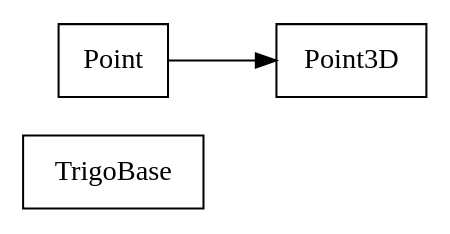
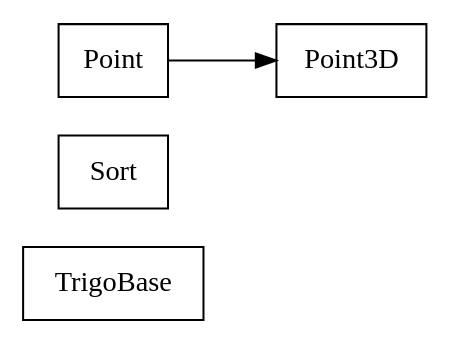
One commit to sekati/sasapi changed the diagram in docs/com/sekati/geom/classes.dot. Above: the diagram before and after it, drawn with Graphviz. The commit also changed 49 other files, not shown here.

```diff
--- a/docs/com/sekati/geom/classes.dot
+++ b/docs/com/sekati/geom/classes.dot
@@ -1,22 +1,28 @@
 strict digraph class_diagram {
   rankdir=LR;
   TypeTrigoBase[
     label="TrigoBase",
     URL="TrigoBase.html",
     tooltip="com.sekati.geom.TrigoBase",
+    shape="record"
+  ];
+  TypeSort[
+    label="Sort",
+    URL="Sort.html",
+    tooltip="com.sekati.geom.Sort",
     shape="record"
   ];
   TypePoint3D[
     label="Point3D",
     URL="Point3D.html",
     tooltip="com.sekati.geom.Point3D",
     shape="record"
   ];
   TypePoint[
     label="Point",
     URL="Point.html",
     tooltip="com.sekati.geom.Point",
     shape="record"
   ];
   TypePoint -> TypePoint3D;
 }
```
